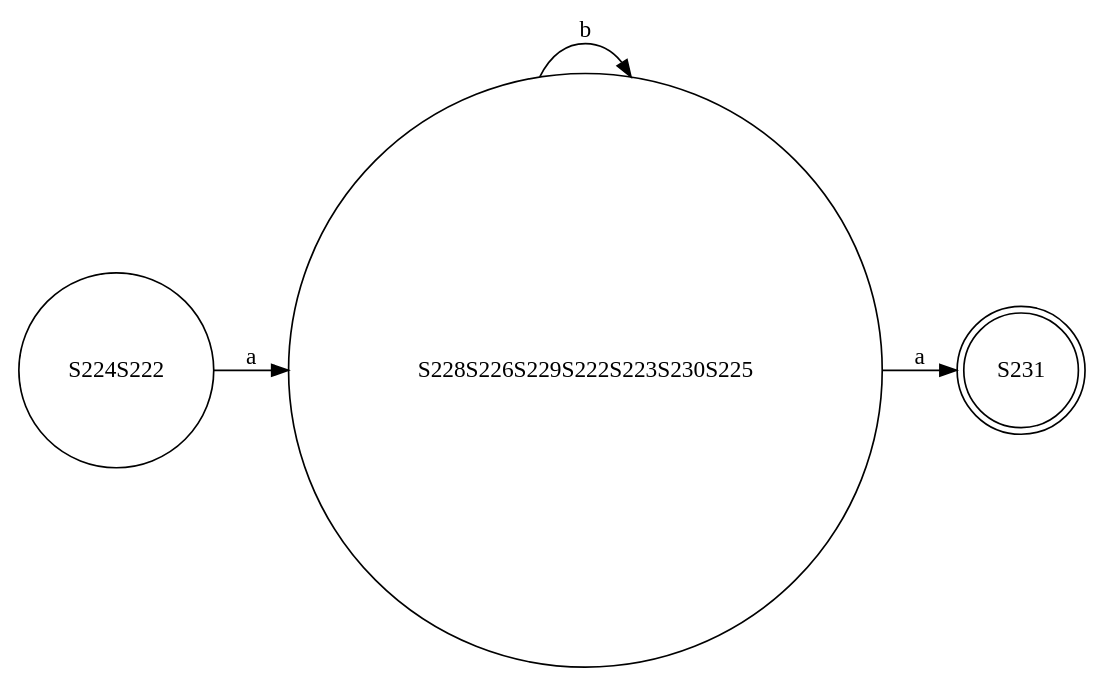
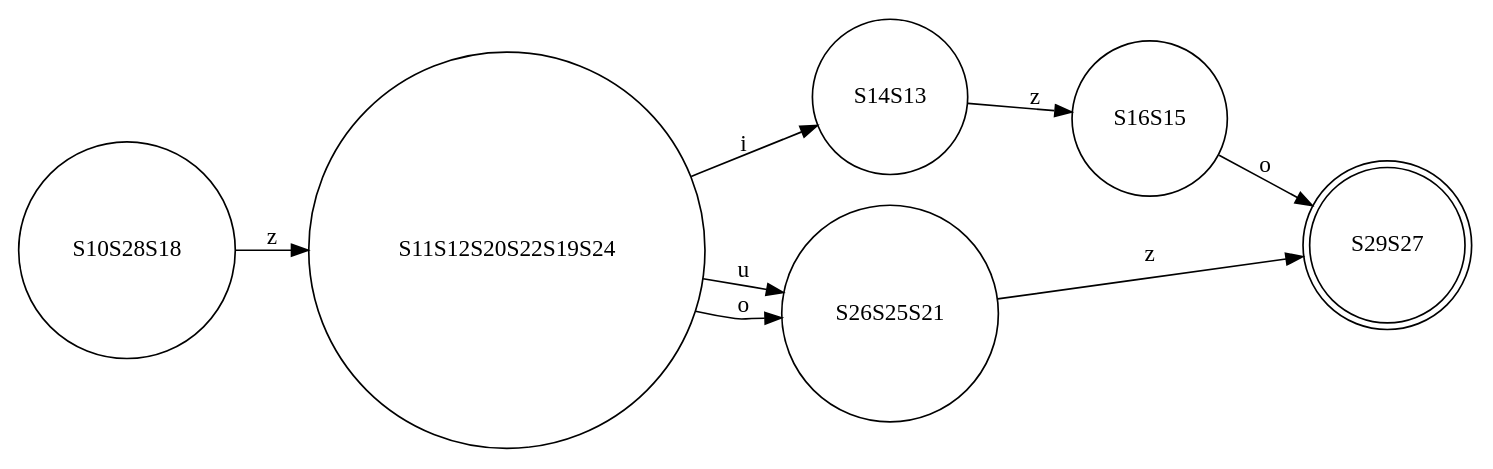
Before and after one commit to abdelazizSalah/RegExp_NFA_DFA_DFAMinimization: the diagram in finalCode/test-output/minimizedDFA.gv, drawn with Graphviz. The commit also changed 6 other files, not shown here.

```diff
--- a/finalCode/test-output/minimizedDFA.gv
+++ b/finalCode/test-output/minimizedDFA.gv
@@ -1,10 +1,17 @@
 // Minimized DFA graph
 digraph {
 	graph [rankdir=LR]
-	S224S222 [label=S224S222 shape=circle]
-	S224S222 -> S228S226S229S222S223S230S225 [label=a]
-	S228S226S229S222S223S230S225 [label=S228S226S229S222S223S230S225 shape=circle]
-	S228S226S229S222S223S230S225 -> S228S226S229S222S223S230S225 [label=b]
-	S228S226S229S222S223S230S225 -> S231 [label=a]
-	S231 [label=S231 shape=doublecircle]
+	S10S28S18 [label=S10S28S18 shape=circle]
+	S10S28S18 -> S11S12S20S22S19S24 [label=z]
+	S14S13 [label=S14S13 shape=circle]
+	S14S13 -> S16S15 [label=z]
+	S26S25S21 [label=S26S25S21 shape=circle]
+	S26S25S21 -> S29S27 [label=z]
+	S16S15 [label=S16S15 shape=circle]
+	S16S15 -> S29S27 [label=o]
+	S29S27 [label=S29S27 shape=doublecircle]
+	S11S12S20S22S19S24 [label=S11S12S20S22S19S24 shape=circle]
+	S11S12S20S22S19S24 -> S14S13 [label=i]
+	S11S12S20S22S19S24 -> S26S25S21 [label=u]
+	S11S12S20S22S19S24 -> S26S25S21 [label=o]
 }
```
